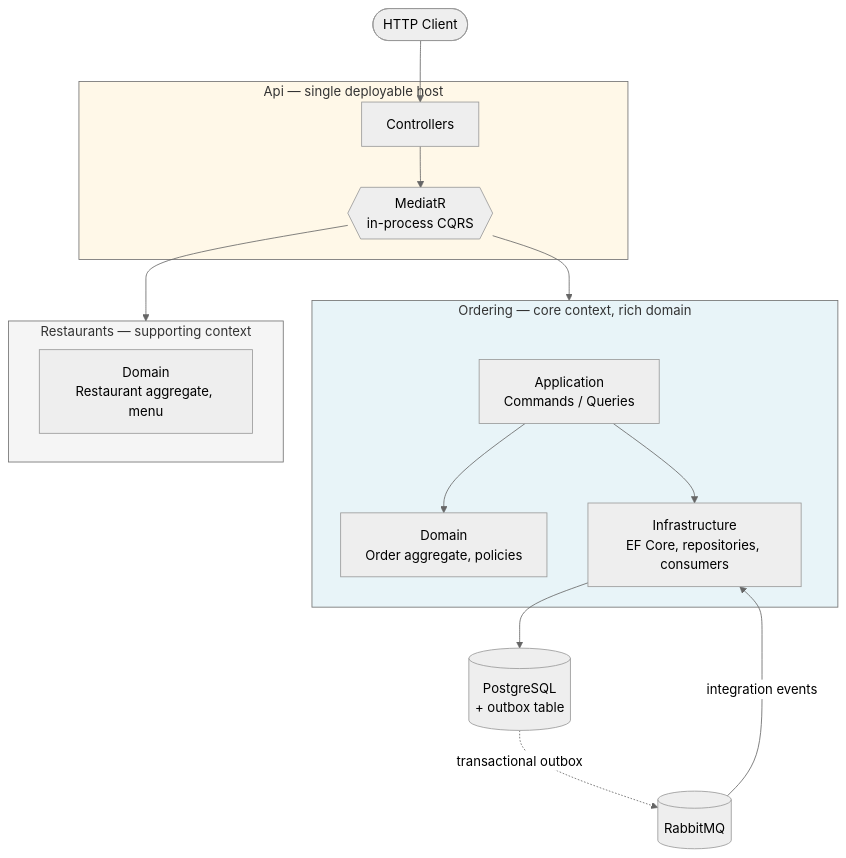
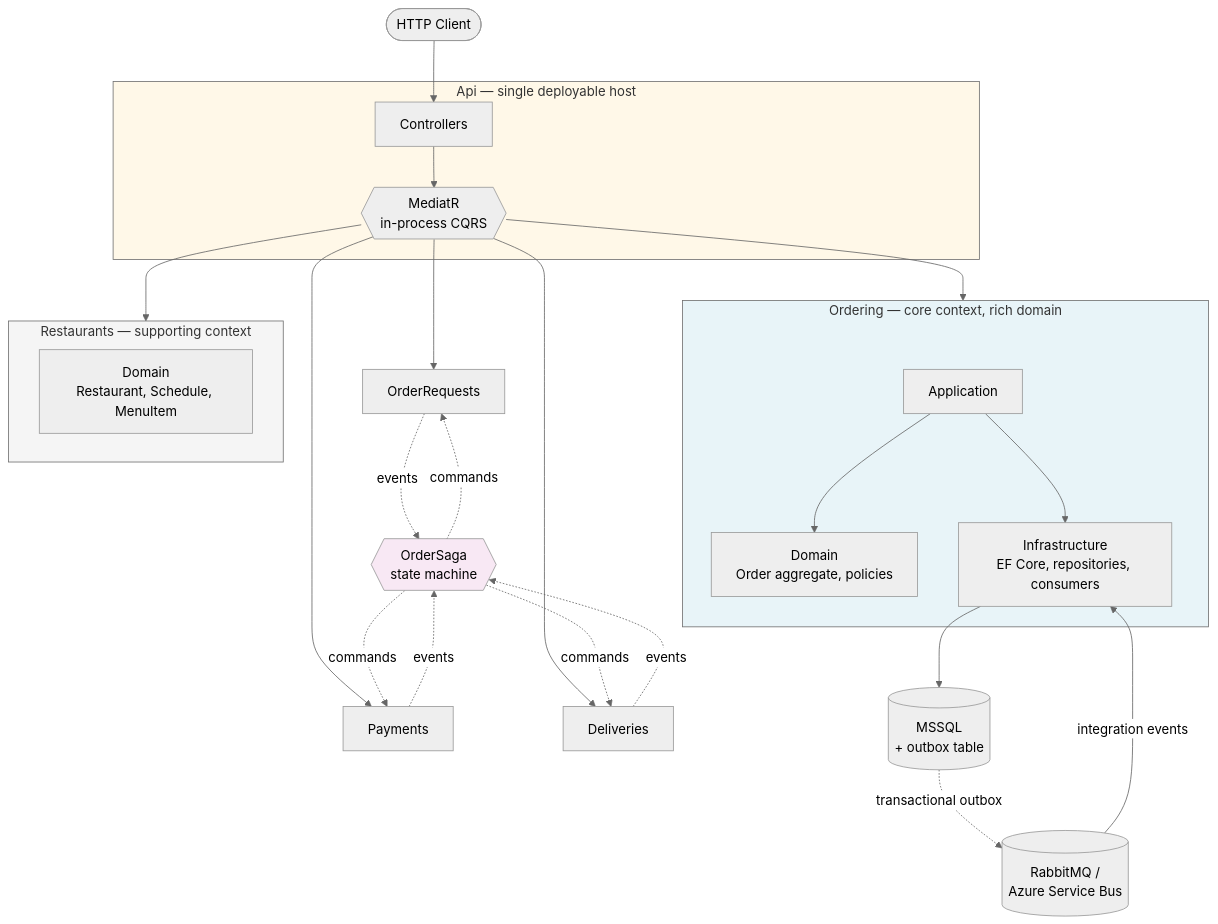
The first of 2 diagrams in README.md (KeqJiil/FoodDelivery), drawn with Mermaid (neutral theme) before and after one commit. The commit also changed other lines of this file, not shown here.

````diff
--- a/README.md
+++ b/README.md
@@ -11,28 +24,39 @@
 ```mermaid
 flowchart TB
     Client([HTTP Client]) --> Api
 
     subgraph Host["Api — single deployable host"]
         Api[Controllers] --> MediatR{{MediatR<br/>in-process CQRS}}
     end
 
     MediatR --> Ordering
     MediatR --> Restaurants
+    MediatR --> OrderRequests
+    MediatR --> Payments
+    MediatR --> Deliveries
+
+    OrderRequests -.->|events| Saga{{OrderSaga<br/>state machine}}
+    Payments -.->|events| Saga
+    Deliveries -.->|events| Saga
+    Saga -.->|commands| OrderRequests
+    Saga -.->|commands| Payments
+    Saga -.->|commands| Deliveries
 
     subgraph Ordering["Ordering — core context, rich domain"]
-        OApp[Application<br/>Commands / Queries] --> ODom[Domain<br/>Order aggregate, policies]
+        OApp[Application] --> ODom[Domain<br/>Order aggregate, policies]
         OApp --> OInf[Infrastructure<br/>EF Core, repositories, consumers]
     end
 
     subgraph Restaurants["Restaurants — supporting context"]
-        RDom[Domain<br/>Restaurant aggregate, menu]
+        RDom[Domain<br/>Restaurant, Schedule, MenuItem]
     end
 
-    OInf --> PG[(PostgreSQL<br/>+ outbox table)]
-    PG -.->|transactional outbox| MQ[(RabbitMQ)]
+    OInf --> DB[(MSSQL<br/>+ outbox table)]
+    DB -.->|transactional outbox| MQ[(RabbitMQ /<br/>Azure Service Bus)]
     MQ -->|integration events| OInf
 
     style Ordering fill:#e8f4f8
     style Restaurants fill:#f5f5f5
+    style Saga fill:#f8e8f4
     style Host fill:#fff8e8
 ```
````
